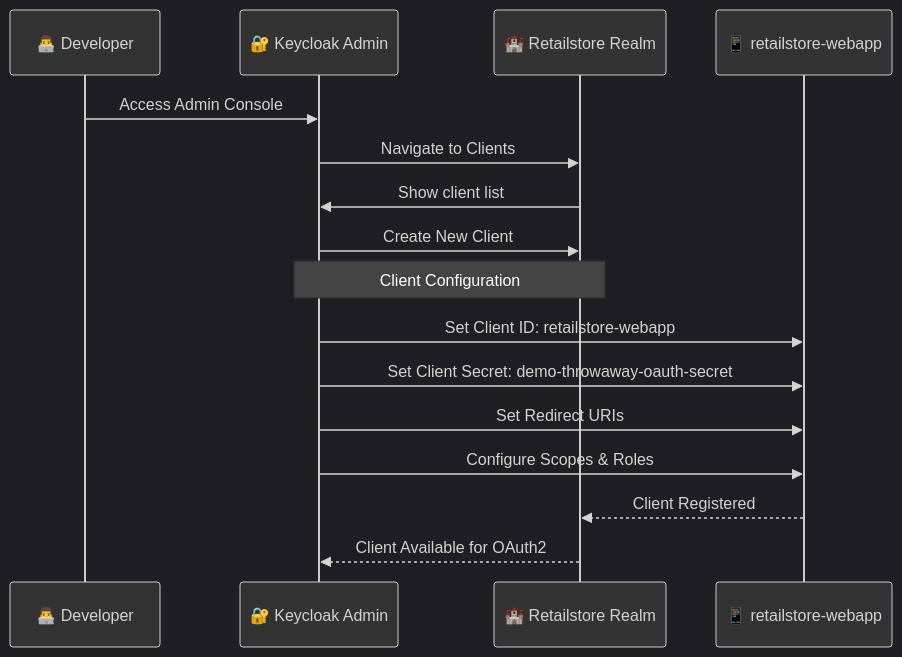
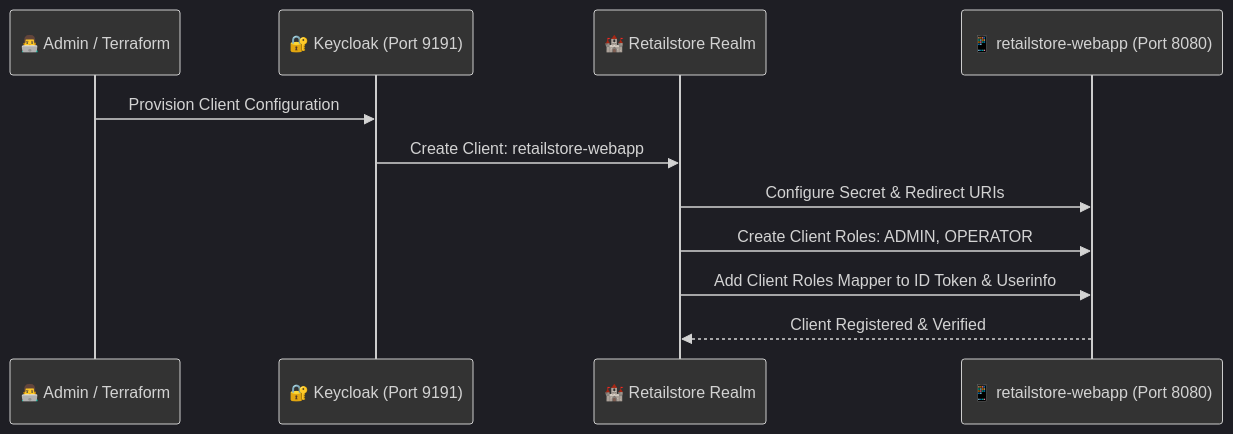
Before and after one commit to rajadilipkolli/spring-boot-microservices-series-v2: the second of 4 diagrams in retail-store-webapp/Keycloak-Realm-Configuration-Explained.md, drawn with Mermaid. The commit also changed other lines of this file and 51 other files, not shown here.

````diff
--- a/retail-store-webapp/Keycloak-Realm-Configuration-Explained.md
+++ b/retail-store-webapp/Keycloak-Realm-Configuration-Explained.md
@@ -83,22 +89,15 @@
 ```mermaid
 %%{init: {'theme':'dark', 'themeVariables': {'primaryColor': '#333333', 'primaryTextColor': '#ffffff', 'primaryBorderColor': '#ffffff', 'lineColor': '#ffffff', 'secondaryColor': '#444444', 'tertiaryColor': '#555555', 'background': '#000000', 'mainBkg': '#333333', 'secondBkg': '#444444', 'tertiaryBkg': '#555555', 'noteBkgColor': '#444444', 'noteTextColor': '#ffffff'}}}%%
 sequenceDiagram
-    participant Dev as 👨‍💻 Developer
-    participant KC as 🔐 Keycloak Admin
+    participant Dev as 👨‍💻 Admin / Terraform
+    participant KC as 🔐 Keycloak (Port 9191)
     participant Realm as 🏰 Retailstore Realm
-    participant Client as 📱 retailstore-webapp
+    participant Client as 📱 retailstore-webapp (Port 8080)
 
-    Dev->>KC: Access Admin Console
-    KC->>Realm: Navigate to Clients
-    Realm->>KC: Show client list
-    KC->>Realm: Create New Client
-    
-    Note over KC, Realm: Client Configuration
-    KC->>Client: Set Client ID: retailstore-webapp
-    KC->>Client: Set Client Secret: demo-throwaway-oauth-secret
-    KC->>Client: Set Redirect URIs
-    KC->>Client: Configure Scopes & Roles
-    
-    Client-->>Realm: Client Registered
-    Realm-->>KC: Client Available for OAuth2
+    Dev->>KC: Provision Client Configuration
+    KC->>Realm: Create Client: retailstore-webapp
+    Realm->>Client: Configure Secret & Redirect URIs
+    Realm->>Client: Create Client Roles: ADMIN, OPERATOR
+    Realm->>Client: Add Client Roles Mapper to ID Token & Userinfo
+    Client-->>Realm: Client Registered & Verified
 ```
````
